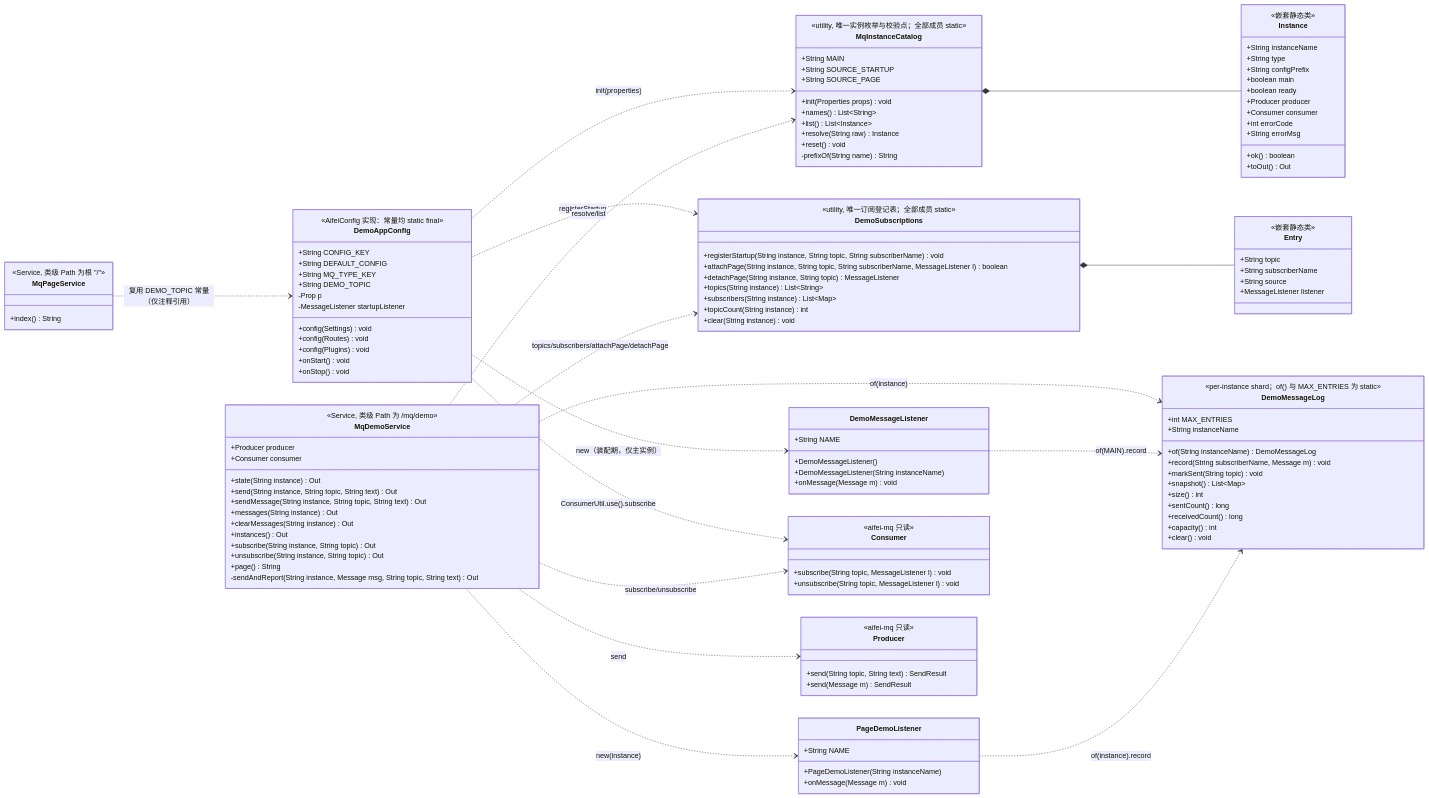
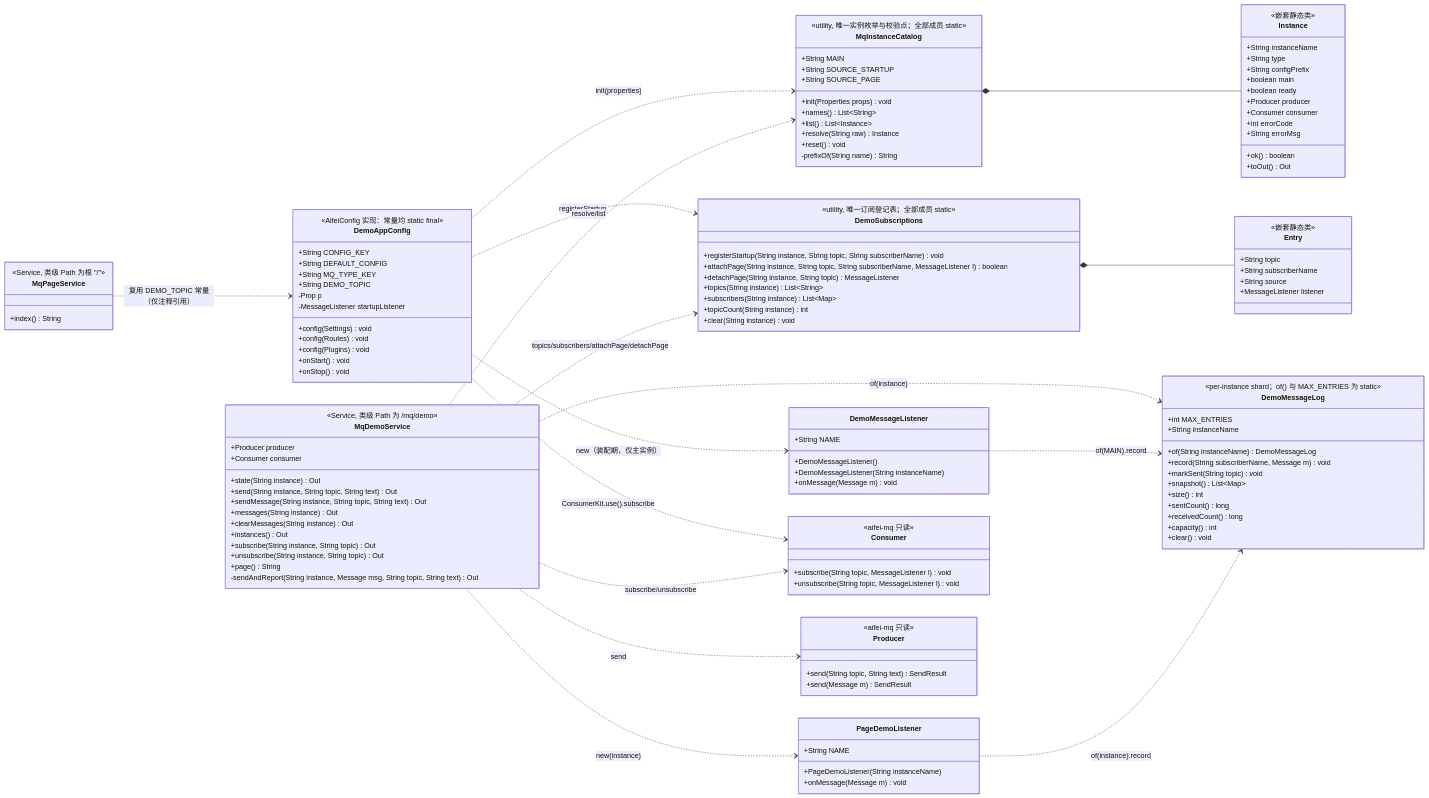
The first of 6 diagrams in aifei-mq-demo/docs/aifei-mq-demo/design.md (gollyhu/aifei-eco-modules), drawn with Mermaid before and after one commit. The commit also changed other lines of this file and 87 other files, not shown here.

Commit message:
aifei-cache 将 CacheUtil/CounterUtil 门面更名为 CacheKit/CounterKit，同步设计文档与相关注释

```diff
--- a/aifei-mq-demo/docs/aifei-mq-demo/design.md
+++ b/aifei-mq-demo/docs/aifei-mq-demo/design.md
@@ -192,7 +192,7 @@
     DemoAppConfig ..> MqInstanceCatalog : init(properties)
     DemoAppConfig ..> DemoSubscriptions : registerStartup
     DemoAppConfig ..> DemoMessageListener : new（装配期，仅主实例）
-    DemoAppConfig ..> Consumer : ConsumerUtil.use().subscribe
+    DemoAppConfig ..> Consumer : ConsumerKit.use().subscribe
 
     MqPageService ..> DemoAppConfig : 复用 DEMO_TOPIC 常量（仅注释引用）
 
```
